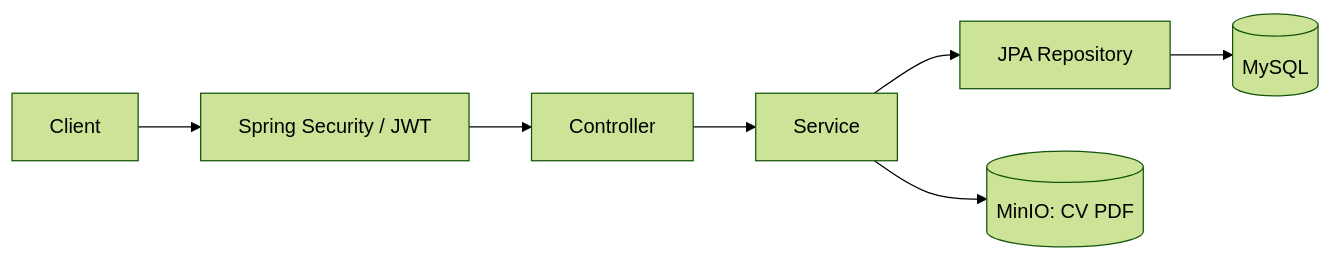
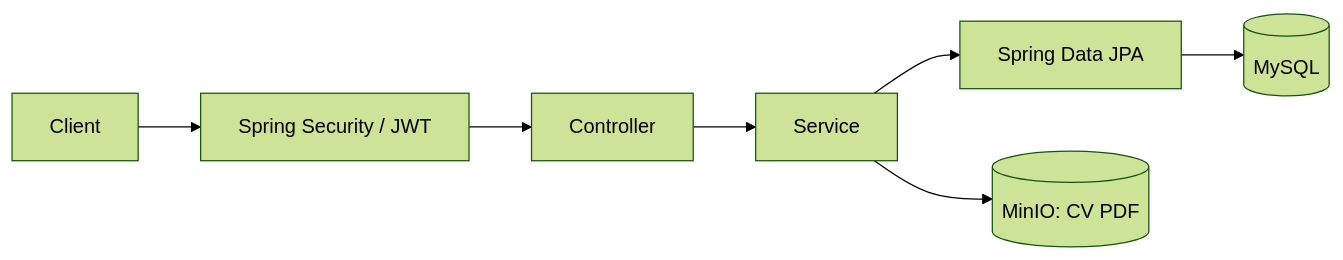
Before and after one commit to daohuyhoang06/job-application-system: the diagram in README.md, drawn with Mermaid (forest theme). The commit also changed other lines of this file and 11 other files, not shown here.

````diff
--- a/README.md
+++ b/README.md
@@ -35,9 +74,9 @@
 ```mermaid
 flowchart LR
     Client --> Security[Spring Security / JWT]
     Security --> Controller
     Controller --> Service
-    Service --> Repository[JPA Repository]
+    Service --> Repository[Spring Data JPA]
     Repository --> MySQL[(MySQL)]
     Service --> MinIO[(MinIO: CV PDF)]
 ```
````
